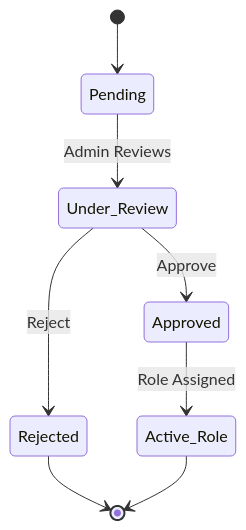
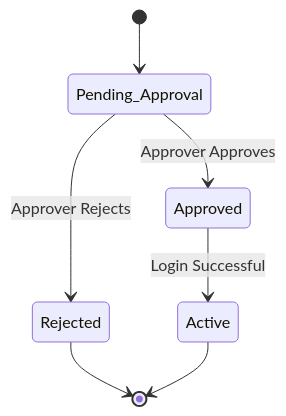
The seventh of 10 diagrams in docs/DannFramework_docs/Phase 4: System Modeling (UML).md (Danncode10/Nueva-Vizcaya-SDA-Website), drawn with Mermaid before and after one commit. The commit also changed other lines of this file and 2 other files, not shown here.

First line of the commit message:
docs(approval): clarify admin-only approval for pastor role applications

````diff
--- a/docs/DannFramework_docs/Phase 4: System Modeling (UML).md
+++ b/docs/DannFramework_docs/Phase 4: System Modeling (UML).md
@@ -223,10 +266,9 @@
 ```mermaid
 stateDiagram-v2
-    [*] --> Pending
-    Pending --> Under_Review: Admin Reviews
-    Under_Review --> Approved: Approve
-    Under_Review --> Rejected: Reject
-    Approved --> Active_Role: Role Assigned
+    [*] --> Pending_Approval
+    Pending_Approval --> Approved: Approver Approves
+    Pending_Approval --> Rejected: Approver Rejects
+    Approved --> Active: Login Successful
     Rejected --> [*]
-    Active_Role --> [*]
+    Active --> [*]
 ```
````
